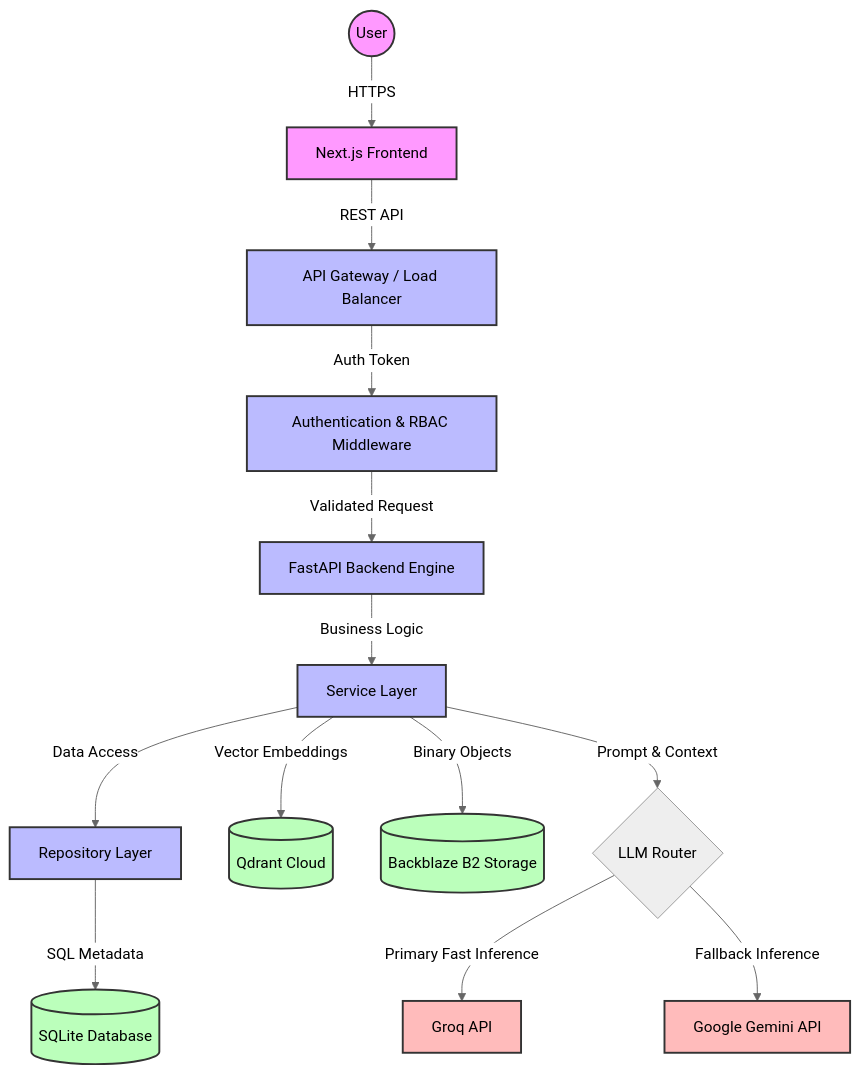
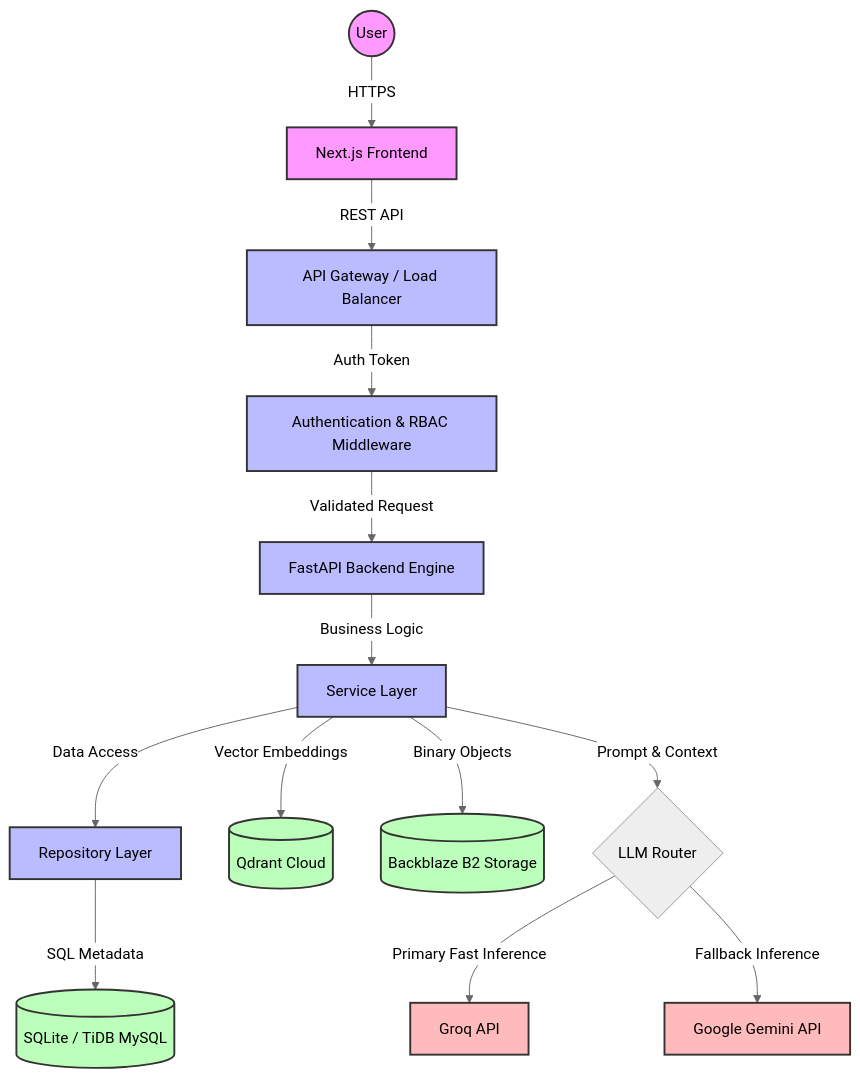
The first of 4 diagrams in README.md (atharv0894/RATAN), drawn with Mermaid (neutral theme) before and after one commit. The commit also changed other lines of this file and 1 other file, not shown here.

Commit message:
Docs: Update README to document TiDB dual-database architecture

````diff
--- a/README.md
+++ b/README.md
@@ -24,35 +24,35 @@
 ```mermaid
 graph TD
     %% User and Edge
     User((User)) --> |HTTPS| Frontend[Next.js Frontend]
     Frontend --> |REST API| APIGateway[API Gateway / Load Balancer]
     
     %% Backend Foundation
     APIGateway --> |Auth Token| Authentication[Authentication & RBAC Middleware]
     Authentication --> |Validated Request| FastAPI[FastAPI Backend Engine]
     
     %% Internal Application Layers
     FastAPI --> |Business Logic| ServiceLayer[Service Layer]
     ServiceLayer --> |Data Access| RepositoryLayer[Repository Layer]
     
     %% Storage and Databases
-    RepositoryLayer --> |SQL Metadata| SQLite[(SQLite Database)]
+    RepositoryLayer --> |SQL Metadata| SQLDB[(SQLite / TiDB MySQL)]
     ServiceLayer --> |Vector Embeddings| Qdrant[(Qdrant Cloud)]
     ServiceLayer --> |Binary Objects| Backblaze[(Backblaze B2 Storage)]
     
     %% AI Models
     ServiceLayer --> |Prompt & Context| LLMOrchestrator{LLM Router}
     LLMOrchestrator --> |Primary Fast Inference| Groq[Groq API]
     LLMOrchestrator --> |Fallback Inference| Gemini[Google Gemini API]
     
     %% Styling
     classDef client fill:#f9f,stroke:#333,stroke-width:2px;
     classDef api fill:#bbf,stroke:#333,stroke-width:2px;
     classDef storage fill:#bfb,stroke:#333,stroke-width:2px;
     classDef external fill:#fbb,stroke:#333,stroke-width:2px;
     
     class User,Frontend client;
     class APIGateway,Authentication,FastAPI,ServiceLayer,RepositoryLayer api;
-    class SQLite,Qdrant,Backblaze storage;
+    class SQLDB,Qdrant,Backblaze storage;
     class Groq,Gemini external;
 ```
````
